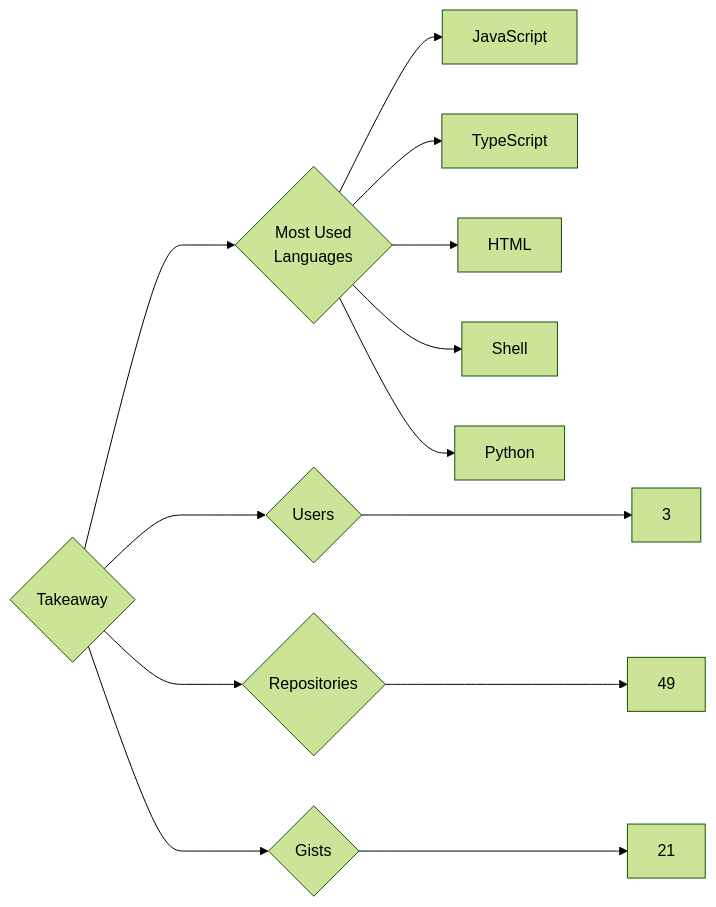
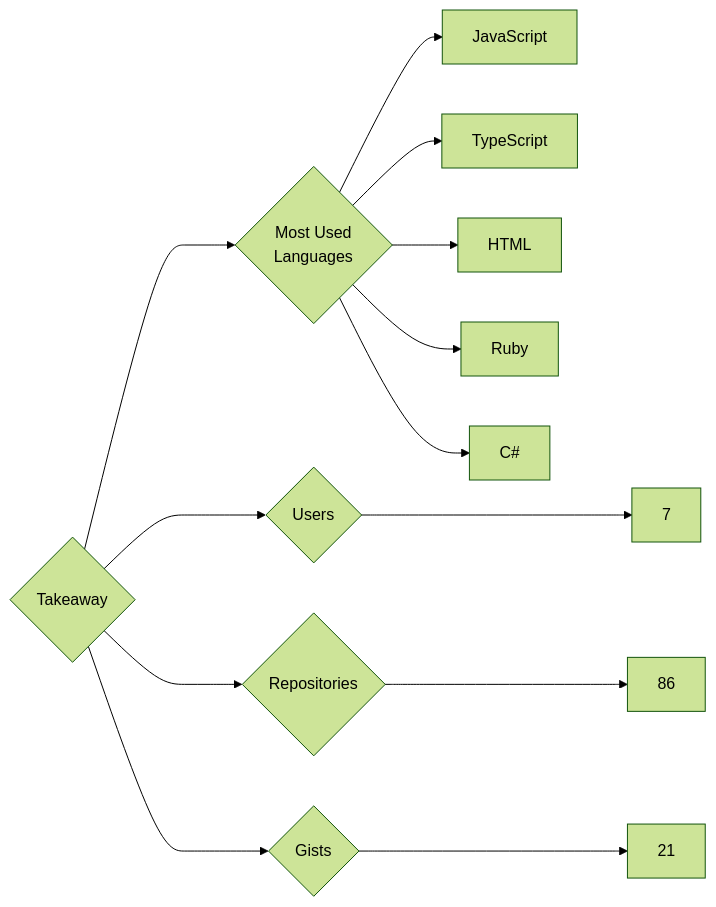
One commit to trickest/insiders changed the diagram in targets/Takeaway/README.md. Above: the diagram before and after it, drawn with Mermaid (forest theme). The commit also changed 895 other files, not shown here.

````diff
--- a/targets/Takeaway/README.md
+++ b/targets/Takeaway/README.md
@@ -3,13 +3,13 @@
 ```mermaid
 graph LR
 COMPANY_NAME{Takeaway}
-COMPANY_NAME ---> U{Users} ---> UN[3]
-COMPANY_NAME ---> R{Repositories} ---> RN[49]
+COMPANY_NAME ---> U{Users} ---> UN[7]
+COMPANY_NAME ---> R{Repositories} ---> RN[86]
 COMPANY_NAME ---> G{Gists} ---> GN[21]
 COMPANY_NAME ---> ML{Most Used<br>Languages}
 ML --> JavaScript[JavaScript]
 ML --> TypeScript[TypeScript]
 ML --> HTML[HTML]
-ML --> Shell[Shell]
-ML --> Python[Python]
+ML --> Ruby[Ruby]
+ML --> C#[C#]
 ```
````
